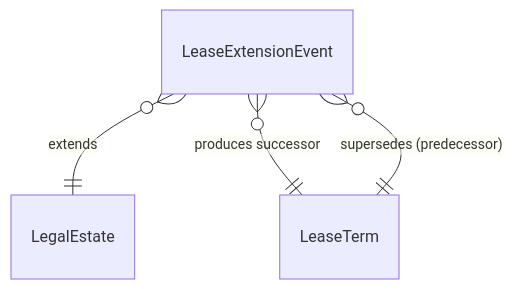
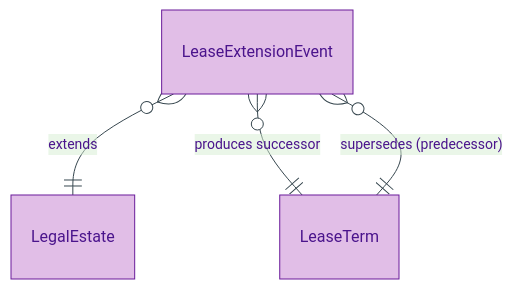
Before and after one commit to sparkling/opda: the diagram in docs/manual/logical/property/lease-extension-event.md, drawn with Mermaid. The commit also changed other lines of this file and 179 other files, not shown here.

First line of the commit message:
docs(manual): Logical-tier diagram expansion via /diagramming skill

````diff
--- a/docs/manual/logical/property/lease-extension-event.md
+++ b/docs/manual/logical/property/lease-extension-event.md
@@ -30,6 +35,10 @@
 ```mermaid
+%%{init: {"theme": "base", "themeVariables": {"primaryColor": "#E1BEE7", "primaryTextColor": "#4A148C", "primaryBorderColor": "#6A1B9A", "lineColor": "#37474F"}}}%%
 erDiagram
+    accTitle: LeaseExtensionEvent — Entity-Relationship Diagram
+    accDescr: Direct-neighbour view of LeaseExtensionEvent — extends a LegalEstate (identity PERSISTS per ODR-0005 §3b Rule 1) and links predecessor and successor LeaseTerm via PROV-O.
+
     LeaseExtensionEvent }o--|| LegalEstate : "extends"
     LeaseExtensionEvent }o--|| LeaseTerm : "produces successor"
     LeaseExtensionEvent }o--|| LeaseTerm : "supersedes (predecessor)"
 ```
````
